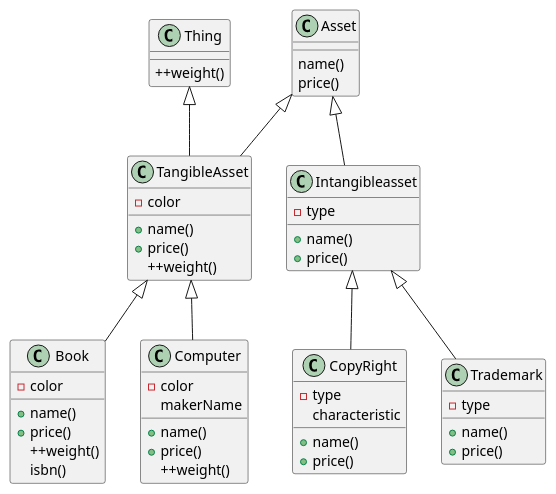
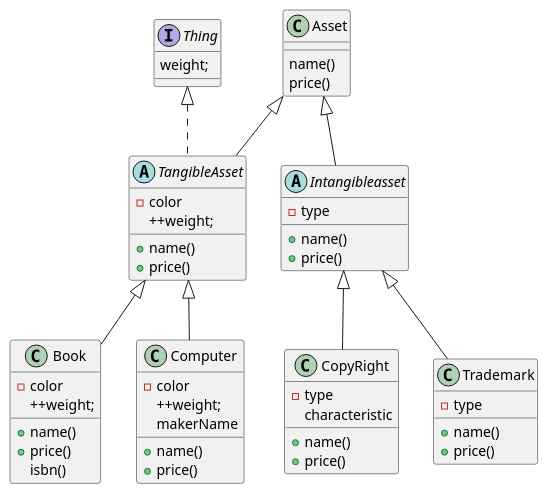
One commit to orm-camp-flutter-2ki/learn_dart_together changed the diagram in lib/orm_240313/자산.puml. Above: the diagram before and after it, drawn with PlantUML. The commit also changed 3 other files, not shown here.

```diff
--- a/lib/orm_240313/자산.puml
+++ b/lib/orm_240313/자산.puml
@@ -1,60 +1,62 @@
 @startuml
 'https://plantuml.com/sequence-diagram
 
 class Asset{
     name()
     price()
 }
 
-class TangibleAsset extends Asset{
+abstract class TangibleAsset extends Asset implements Thing{
     +name()
     +price()
     -color
+    ++weight;
 
 }
 class Book extends TangibleAsset
 {
     +name()
     +price()
     -color
-    ++weight()
+    ++weight;
      isbn()
 }
 class Computer extends TangibleAsset
 {
     +name()
     +price()
     -color
-    ++weight()
+    ++weight;
     makerName
 }
 
-class Intangibleasset extends Asset
+abstract class Intangibleasset extends Asset
 {
     +name()
     +price()
     -type
 
 }
 
 class CopyRight extends Intangibleasset
 {
     +name()
     +price()
     -type
     characteristic
     }
 
 
 class Trademark extends Intangibleasset{
   +name()
   +price()
   -type
 }
 
-Thing : ++weight()
+interface Thing{
+    weight;
+}
 
-class TangibleAsset extends Thing{
-    ++weight()
-}
+
+
 @enduml
```
